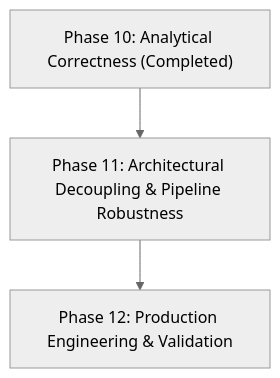
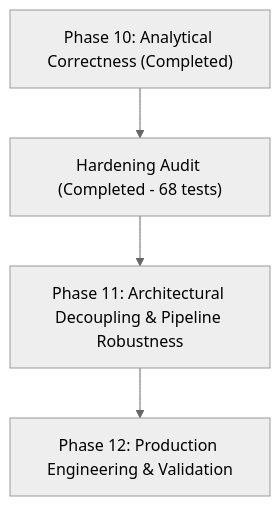
Before and after one commit to Khare69/RFM-Cluster360: the diagram in PROJECT_PROGRESS_REPORT.md, drawn with Mermaid (neutral theme). The commit also changed other lines of this file and 1 other file, not shown here.

````diff
--- a/PROJECT_PROGRESS_REPORT.md
+++ b/PROJECT_PROGRESS_REPORT.md
@@ -510,5 +532,6 @@
 ```mermaid
 graph TD
-    P10["Phase 10: Analytical Correctness (Completed)"] --> P11["Phase 11: Architectural Decoupling & Pipeline Robustness"]
+    P10["Phase 10: Analytical Correctness (Completed)"] --> HARDEN["Hardening Audit (Completed - 68 tests)"]
+    HARDEN --> P11["Phase 11: Architectural Decoupling & Pipeline Robustness"]
     P11 --> P12["Phase 12: Production Engineering & Validation"]
 ```
````
